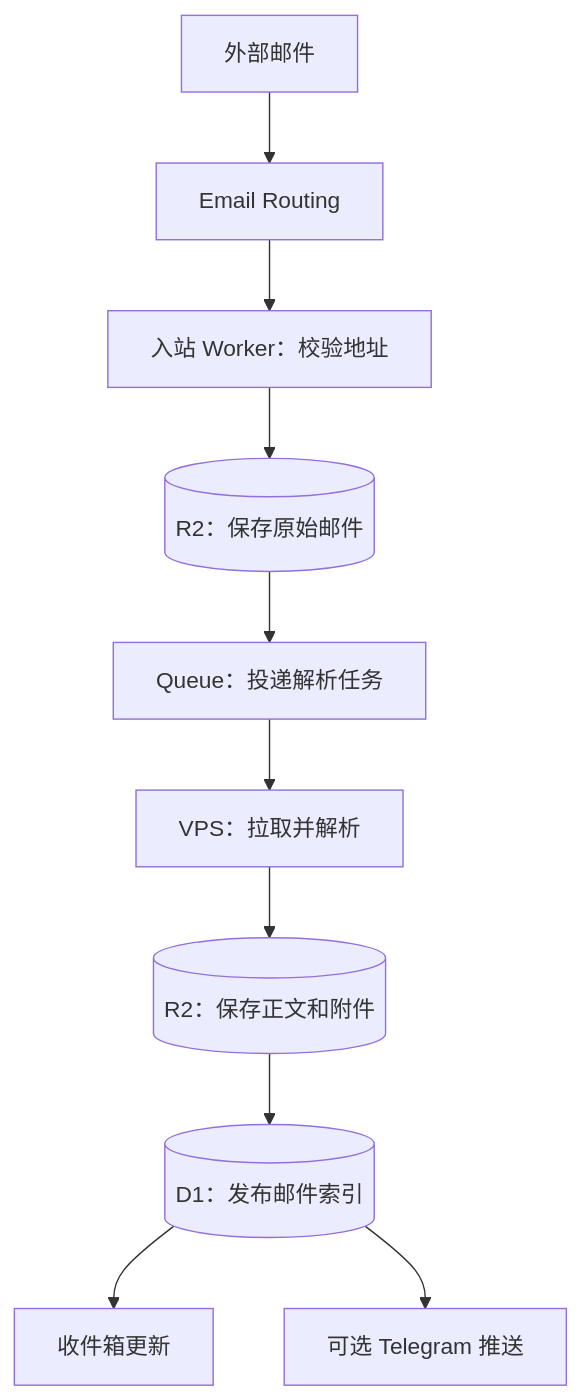
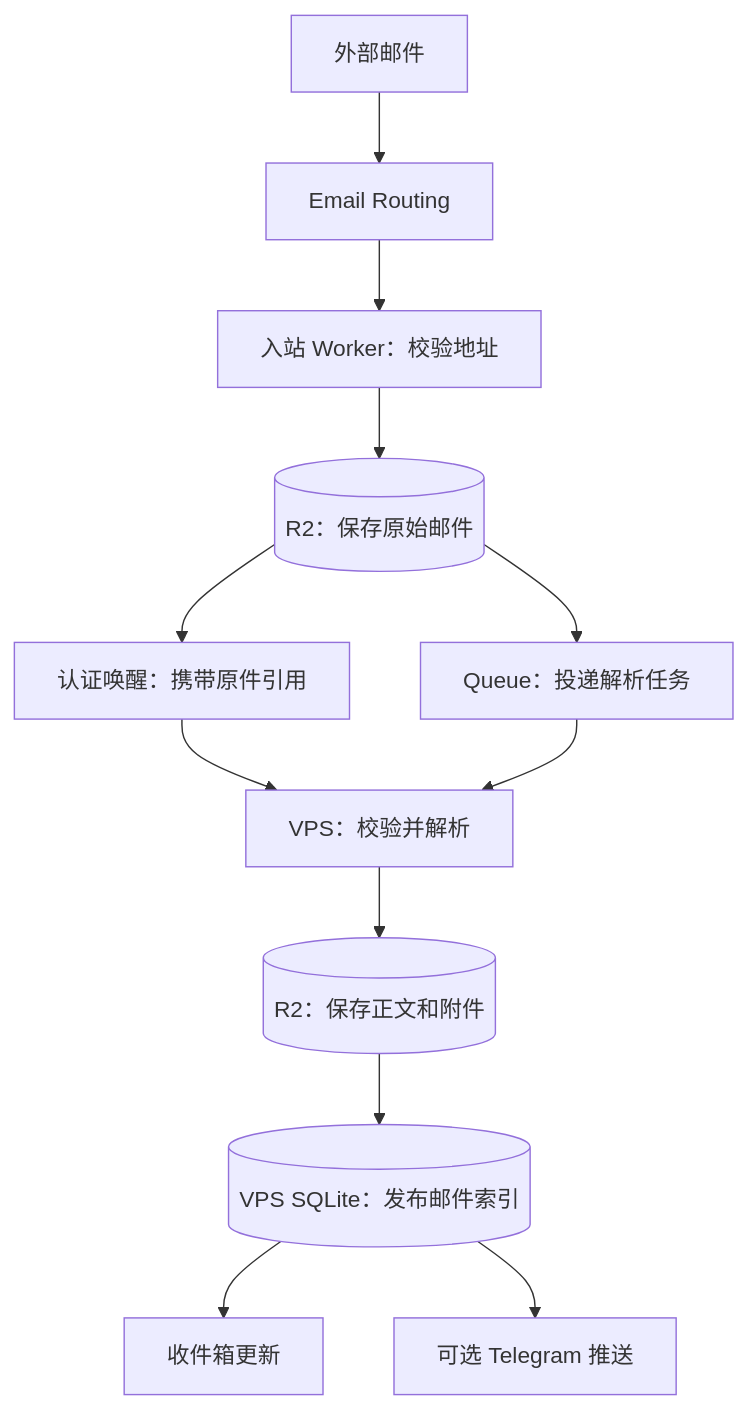
One commit to ayingQAQ/Wenying-mail changed the first of 2 diagrams in README.md. Above: the diagram before and after it, drawn with Mermaid. The commit also changed other lines of this file and 19 other files, not shown here.

````diff
--- a/README.md
+++ b/README.md
@@ -38,12 +39,14 @@
 ```mermaid
 flowchart TB
     A[外部邮件] --> B[Email Routing]
     B --> C[入站 Worker：校验地址]
     C --> R[(R2：保存原始邮件)]
     R --> Q[Queue：投递解析任务]
-    Q --> V[VPS：拉取并解析]
+    R --> N[认证唤醒：携带原件引用]
+    N --> V[VPS：校验并解析]
+    Q --> V
     V --> D[(R2：保存正文和附件)]
-    D --> S[(D1：发布邮件索引)]
+    D --> S[(VPS SQLite：发布邮件索引)]
     S --> U[收件箱更新]
     S --> T[可选 Telegram 推送]
 ```
````
